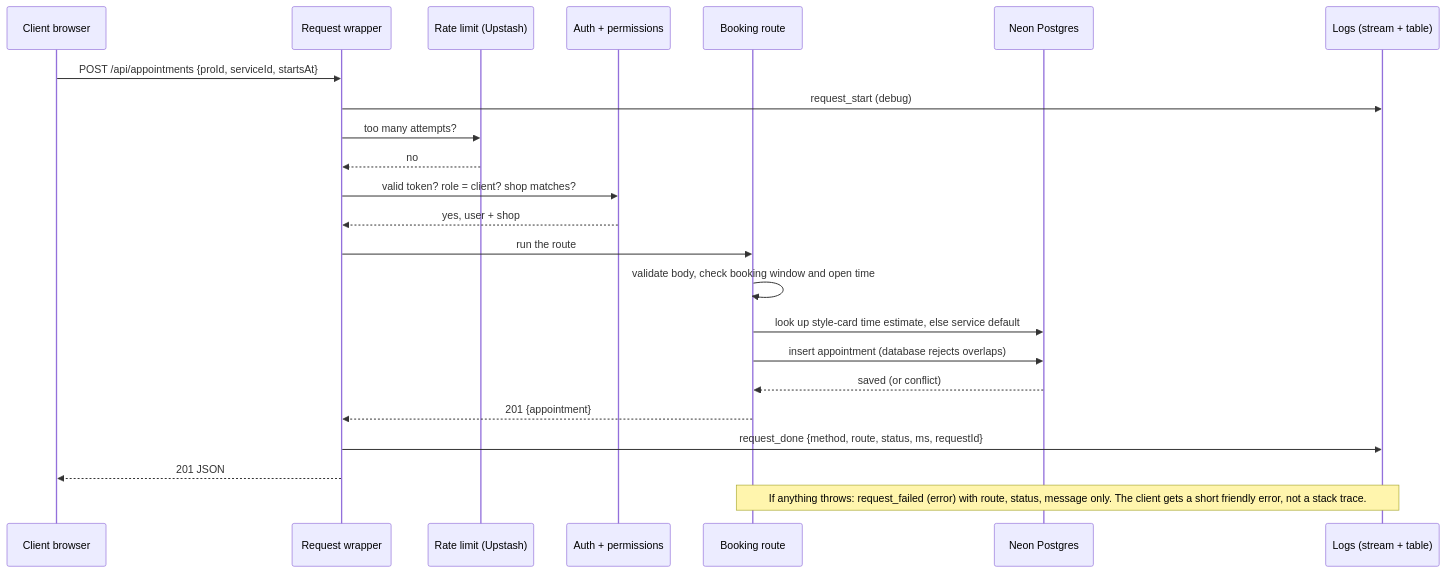
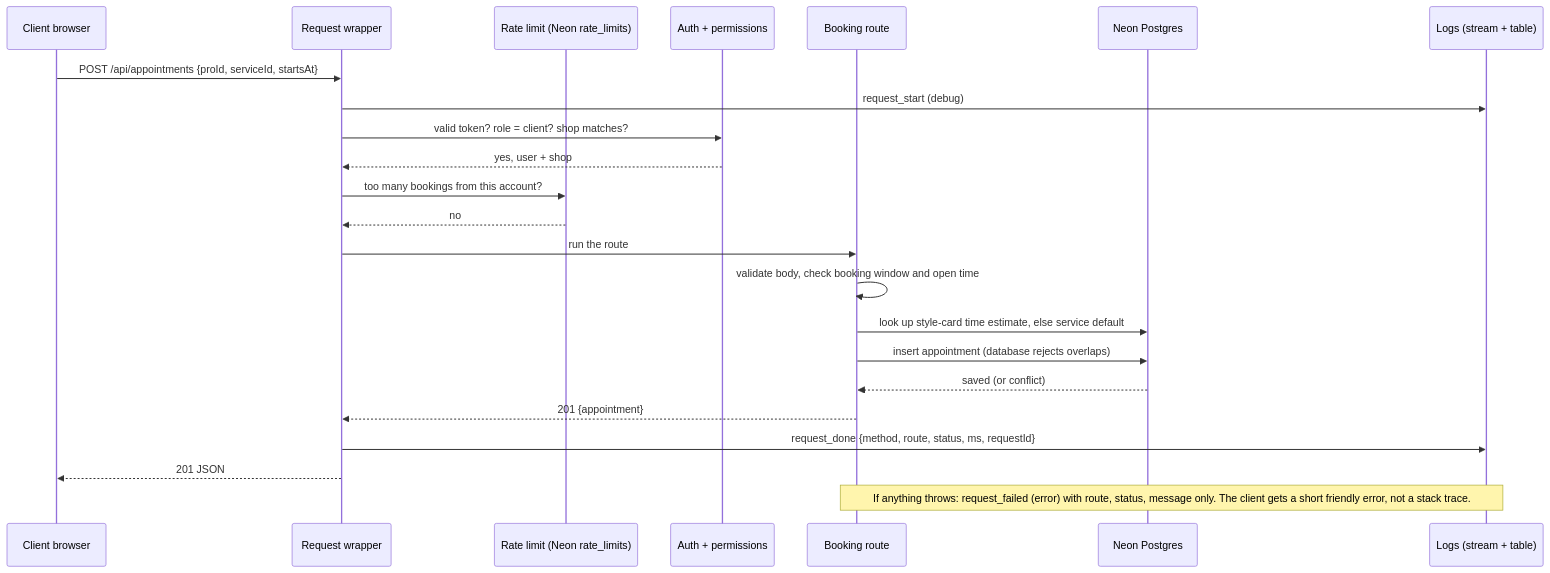
The second of 3 diagrams in docs/system-diagram.md (KingVictor501/mychair), drawn with Mermaid before and after one commit. The commit also changed other lines of this file and 5 other files, not shown here.

Commit message:
Update the decision document, diagram and data model to match what shipped, and rate-limit client booking

````diff
--- a/docs/system-diagram.md
+++ b/docs/system-diagram.md
@@ -27,26 +27,26 @@
 ```mermaid
 sequenceDiagram
     participant C as Client browser
     participant W as Request wrapper
-    participant R as Rate limit (Upstash)
+    participant R as Rate limit (Neon rate_limits)
     participant A as Auth + permissions
     participant H as Booking route
     participant D as Neon Postgres
     participant L as Logs (stream + table)
 
     C->>W: POST /api/appointments {proId, serviceId, startsAt}
     W->>L: request_start (debug)
-    W->>R: too many attempts?
-    R-->>W: no
     W->>A: valid token? role = client? shop matches?
     A-->>W: yes, user + shop
+    W->>R: too many bookings from this account?
+    R-->>W: no
     W->>H: run the route
     H->>H: validate body, check booking window and open time
     H->>D: look up style-card time estimate, else service default
     H->>D: insert appointment (database rejects overlaps)
     D-->>H: saved (or conflict)
     H-->>W: 201 {appointment}
     W->>L: request_done {method, route, status, ms, requestId}
     W-->>C: 201 JSON
     Note over H,L: If anything throws: request_failed (error) with route, status, message only. The client gets a short friendly error, not a stack trace.
 ```
````
